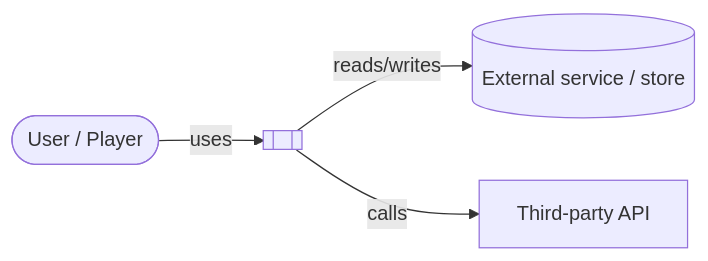
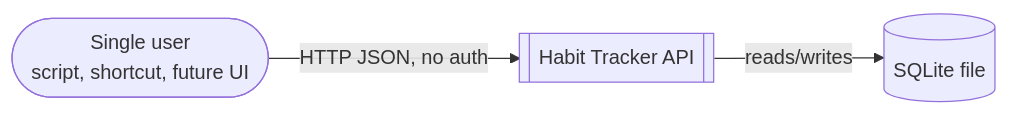
One commit to KRakenoZavr/habit-tracker-v3 changed the diagram in docs/architecture/c4-context.mmd. Above: the diagram before and after it, drawn with Mermaid. The commit also changed 32 other files, not shown here.

```diff
--- a/docs/architecture/c4-context.mmd
+++ b/docs/architecture/c4-context.mmd
@@ -1,12 +1,10 @@
 %% covers: [src/**]
 %% verified_at: none
 %% owner: architect
 flowchart LR
-  user([User / Player])
-  sys[[<System name>]]
-  ext1[(External service / store)]
-  ext2[Third-party API]
+  user([Single user<br/>script, shortcut, future UI])
+  sys[[Habit Tracker API]]
+  db[(SQLite file)]
 
-  user -->|uses| sys
-  sys -->|reads/writes| ext1
-  sys -->|calls| ext2
+  user -->|HTTP JSON, no auth| sys
+  sys -->|reads/writes| db
```
